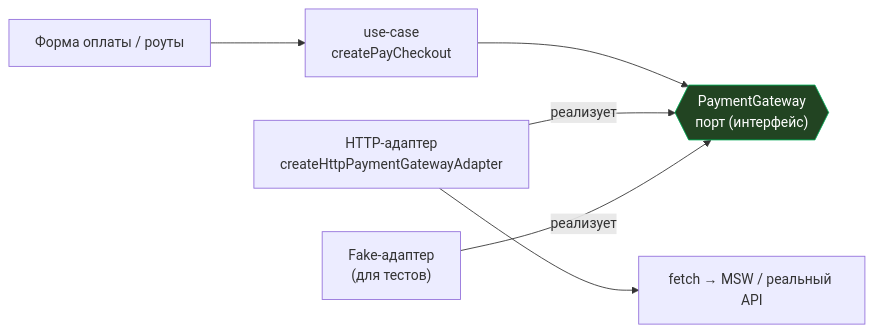
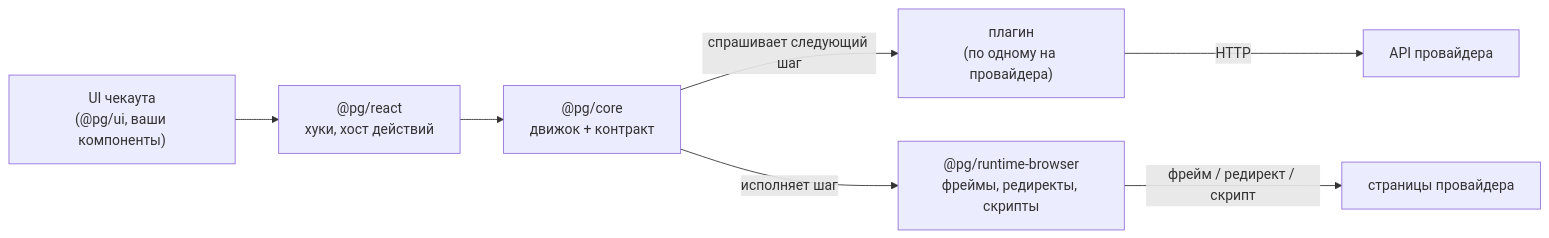
The first of 3 diagrams in docs/architecture.ru.md (themafia98/payment-gateway), drawn with Mermaid before and after one commit. The commit also changed other lines of this file and 4 other files, not shown here.

````diff
--- a/docs/architecture.ru.md
+++ b/docs/architecture.ru.md
@@ -70,17 +43,9 @@
 ```mermaid
 flowchart LR
-    form["Форма оплаты / роуты"]
-    usecase["use-case<br/>createPayCheckout"]
-    port{{"PaymentGateway<br/>порт (интерфейс)"}}
-    http["HTTP-адаптер<br/>createHttpPaymentGatewayAdapter"]
-    fake["Fake-адаптер<br/>(для тестов)"]
-    net["fetch → MSW / реальный API"]
-
-    form --> usecase --> port
-    http -->|реализует| port
-    fake -->|реализует| port
-    http --> net
-
-    classDef iface fill:#242,stroke:#0a5,color:#fff;
-    class port iface;
+    UI["UI чекаута<br/>(@pg/ui, ваши компоненты)"] --> R["@pg/react<br/>хуки, хост действий"]
+    R --> E["@pg/core<br/>движок + контракт"]
+    E -->|"спрашивает следующий шаг"| P["плагин<br/>(по одному на провайдера)"]
+    E -->|"исполняет шаг"| RN["@pg/runtime-browser<br/>фреймы, редиректы, скрипты"]
+    P -->|"HTTP"| API["API провайдера"]
+    RN -->|"фрейм / редирект / скрипт"| BANK["страницы провайдера"]
 ```
````
